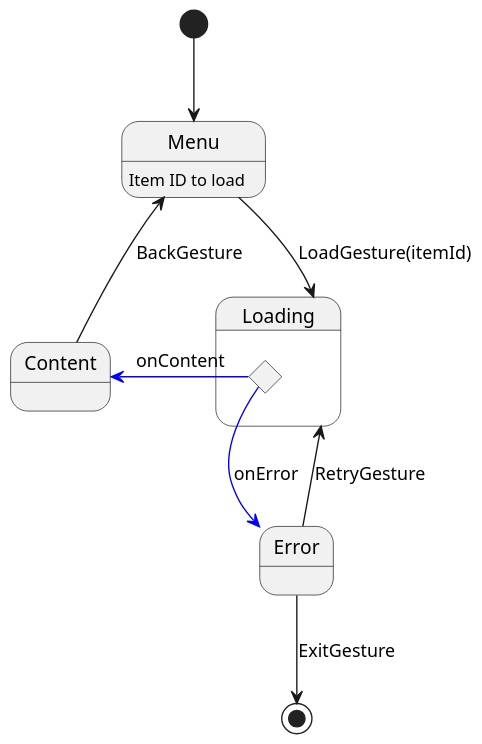
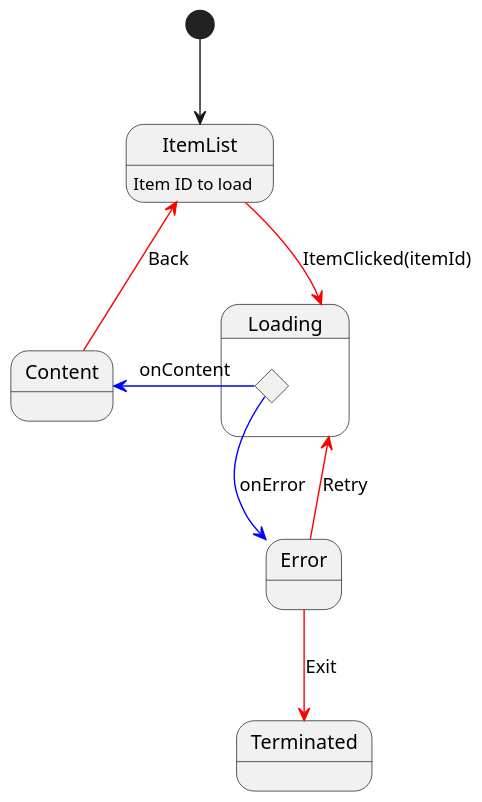
Before and after one commit to motorro/CommonStateMachine: the diagram in doc/lceState.puml, drawn with PlantUML. The commit also changed 12 other files, not shown here.

```diff
--- a/doc/lceState.puml
+++ b/doc/lceState.puml
@@ -1,23 +1,25 @@
 @startuml
 'https://plantuml.com/state-diagram
 
 scale 480 width
-[*] --> Menu
+[*] --> ItemList
 
-state Menu
-Menu: Item ID to load
-Menu -down-> Loading : LoadGesture(itemId)
+state ItemList
+ItemList: Item ID to load
+ItemList -down[#red]-> Loading : ItemClicked(itemId)
 
 state Loading {
     state Status <<choice>>
 }
 Status -[#blue]-> Error : onError
 Status -left[#blue]-> Content : onContent
 
 state Error
-Error --> Loading : RetryGesture
-Error --> [*] : ExitGesture
+Error -[#red]-> Loading : Retry
+Error -[#red]-> Terminated : Exit
 
 state Content
-Content -up-> Menu: BackGesture
+Content -up[#red]-> ItemList: Back
+
+state Terminated
 @enduml
```
